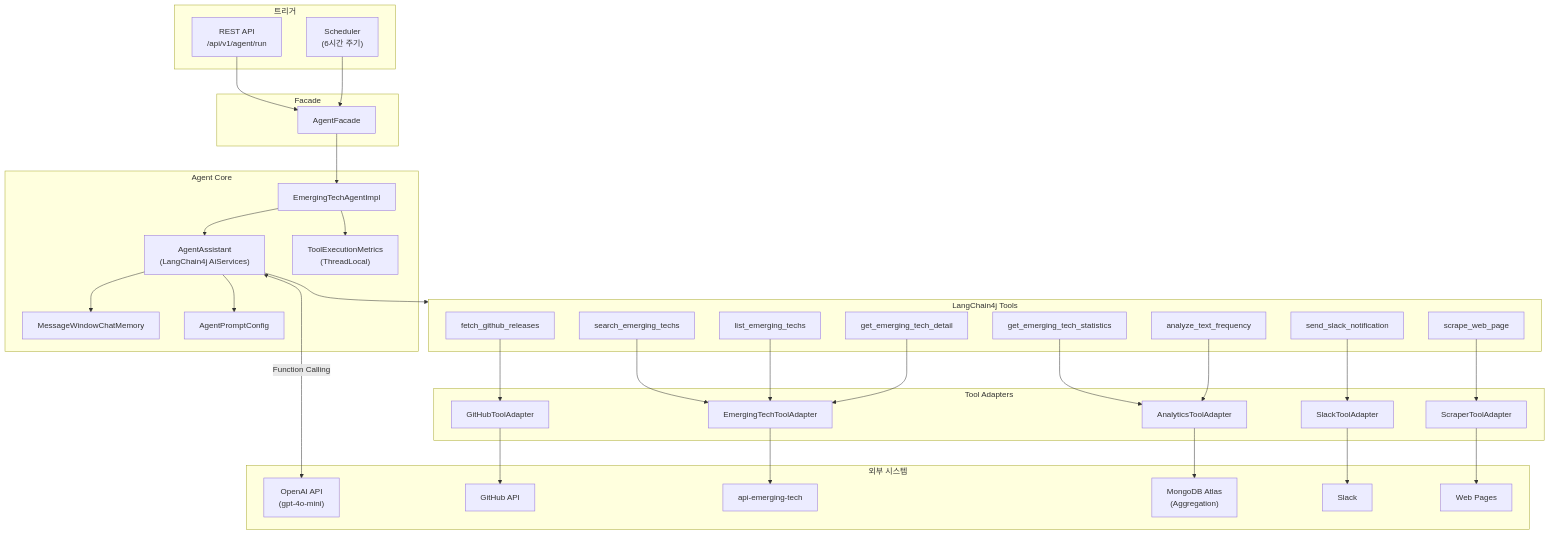
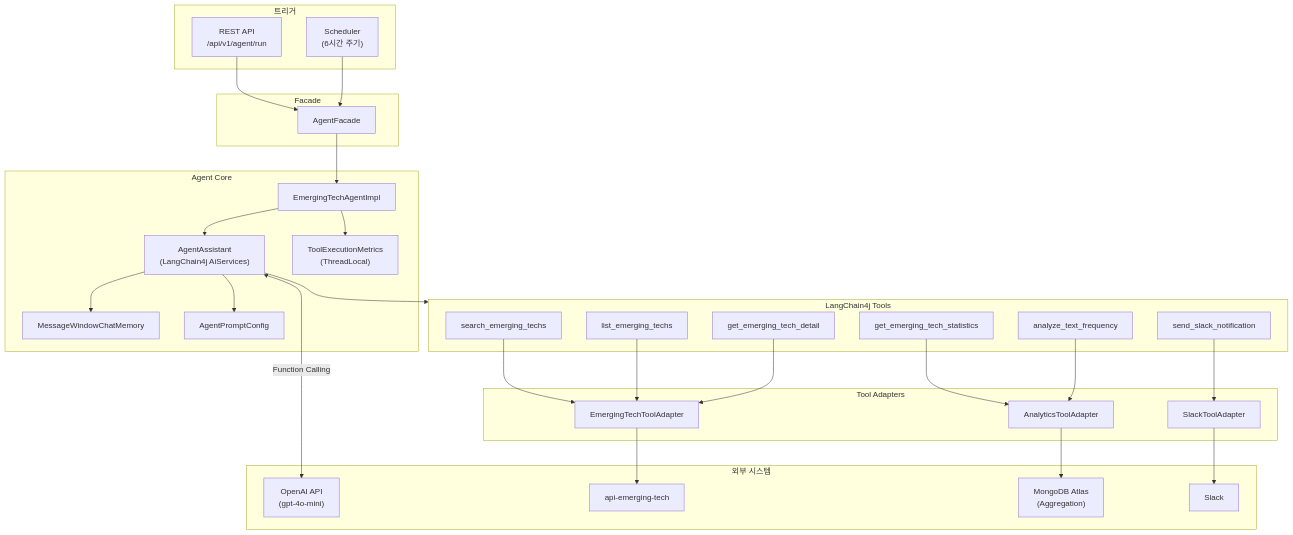
One commit to thswlsqls/tech-n-ai-backend changed the diagram in api/agent/README.md. Above: the diagram before and after it, drawn with Mermaid. The commit also changed other lines of this file and 27 other files, not shown here.

Commit message:
fix : [main] Agent Tool 루프 방어 강화 - fetch/scrape Tool 제거, 3계층 중복 호출 감지 도입

````diff
--- a/api/agent/README.md
+++ b/api/agent/README.md
@@ -11,66 +11,58 @@
 ```mermaid
 flowchart TB
     subgraph Trigger["트리거"]
         REST["REST API<br/>/api/v1/agent/run"]
         Scheduler["Scheduler<br/>(6시간 주기)"]
     end
 
     subgraph Facade["Facade"]
         AgentFacade["AgentFacade"]
     end
 
     subgraph AgentCore["Agent Core"]
         Agent["EmergingTechAgentImpl"]
         Assistant["AgentAssistant<br/>(LangChain4j AiServices)"]
         Memory["MessageWindowChatMemory"]
         Metrics["ToolExecutionMetrics<br/>(ThreadLocal)"]
         PromptConfig["AgentPromptConfig"]
     end
 
     subgraph Tools["LangChain4j Tools"]
-        T1["fetch_github_releases"]
-        T2["scrape_web_page"]
         T3["search_emerging_techs"]
         T4["get_emerging_tech_statistics"]
         T5["analyze_text_frequency"]
         T6["send_slack_notification"]
         T7["list_emerging_techs"]
         T8["get_emerging_tech_detail"]
     end
 
     subgraph Adapters["Tool Adapters"]
-        GitHubAdapter["GitHubToolAdapter"]
-        ScraperAdapter["ScraperToolAdapter"]
         EmergingTechAdapter["EmergingTechToolAdapter"]
         AnalyticsAdapter["AnalyticsToolAdapter"]
         SlackAdapter["SlackToolAdapter"]
     end
 
     subgraph External["외부 시스템"]
         OpenAI["OpenAI API<br/>(gpt-4o-mini)"]
-        GitHub["GitHub API"]
         EmergingTechAPI["api-emerging-tech"]
         MongoDB["MongoDB Atlas<br/>(Aggregation)"]
         Slack["Slack"]
-        WebPages["Web Pages"]
     end
 
     REST --> AgentFacade
     Scheduler --> AgentFacade
     AgentFacade --> Agent
     Agent --> Assistant
     Agent --> Metrics
     Assistant --> Memory
     Assistant --> PromptConfig
     Assistant --> Tools
     Assistant <-->|"Function Calling"| OpenAI
 
-    T1 --> GitHubAdapter --> GitHub
-    T2 --> ScraperAdapter --> WebPages
     T3 --> EmergingTechAdapter --> EmergingTechAPI
     T4 --> AnalyticsAdapter --> MongoDB
     T5 --> AnalyticsAdapter
     T6 --> SlackAdapter --> Slack
     T7 --> EmergingTechAdapter
     T8 --> EmergingTechAdapter
 ```
````
